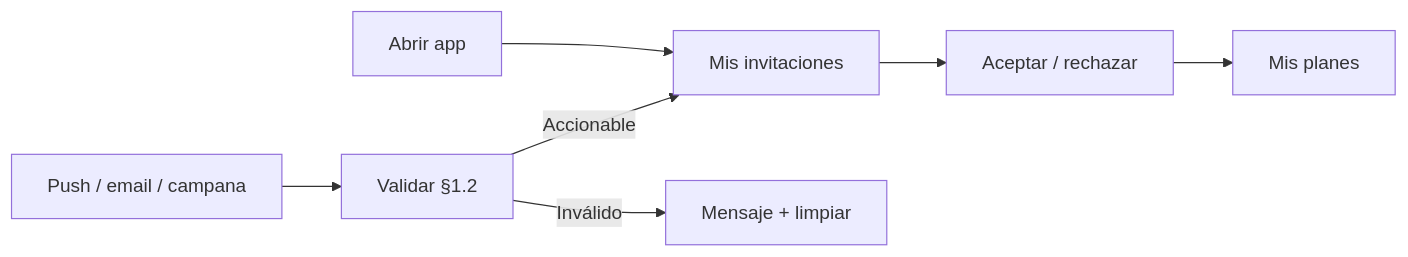
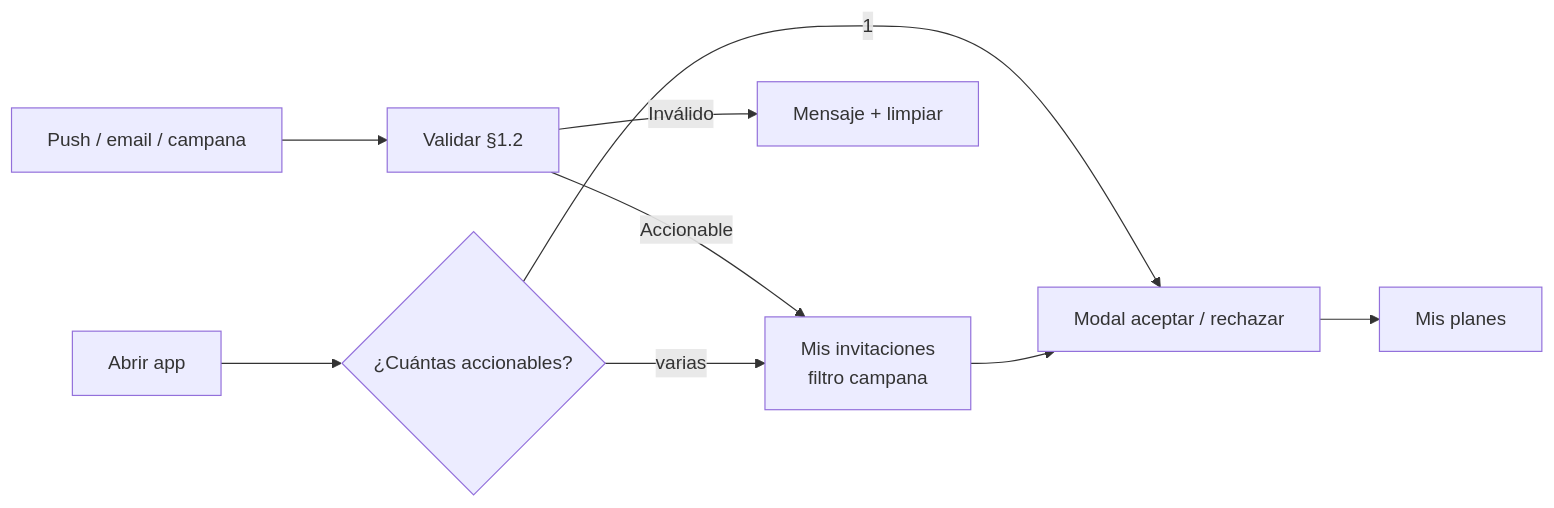
Before and after one commit to planazoo/planazoo-platform: the fourth of 6 diagrams in docs/flujos/DIAGRAMA_ALTAS_BAJAS_PLAN.md, drawn with Mermaid. The commit also changed other lines of this file and 118 other files, not shown here.

First line of the commit message:
feat: invitaciones HTTPS en app.planoon.com y build 1.0.0+4

````diff
--- a/docs/flujos/DIAGRAMA_ALTAS_BAJAS_PLAN.md
+++ b/docs/flujos/DIAGRAMA_ALTAS_BAJAS_PLAN.md
@@ -287,9 +289,11 @@
 ```mermaid
 flowchart LR
   avisos[Push / email / campana] --> validar[Validar §1.2]
-  validar -->|Accionable| buzon[Mis invitaciones]
+  validar -->|Accionable| buzon[Mis invitaciones<br/>filtro campana]
   validar -->|Inválido| msg[Mensaje + limpiar]
-  abrirApp[Abrir app] --> buzon
-  buzon --> modal[Aceptar / rechazar]
+  abrirApp[Abrir app] --> count{¿Cuántas accionables?}
+  count -->|1| modal[Modal aceptar / rechazar]
+  count -->|varias| buzon
+  buzon --> modal
   modal --> planes[Mis planes]
 ```
````
